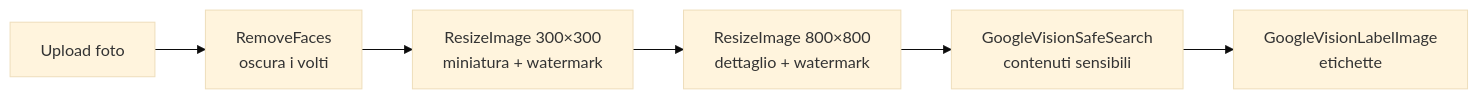
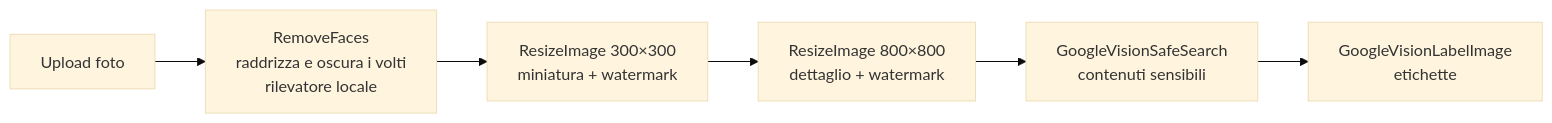
Before and after one commit to DarioDidonna/presto_dario_didonna: the second of 3 diagrams in README.md, drawn with Mermaid (base theme). The commit also changed other lines of this file and 6 other files, not shown here.

````diff
--- a/README.md
+++ b/README.md
@@ -96,8 +96,8 @@
 ```mermaid
 flowchart LR
-    A[Upload foto] --> B[RemoveFaces<br/>oscura i volti]
+    A[Upload foto] --> B[RemoveFaces<br/>raddrizza e oscura i volti<br/>rilevatore locale]
     B --> C[ResizeImage 300×300<br/>miniatura + watermark]
     C --> D[ResizeImage 800×800<br/>dettaglio + watermark]
     D --> E[GoogleVisionSafeSearch<br/>contenuti sensibili]
     E --> F[GoogleVisionLabelImage<br/>etichette]
 ```
````
